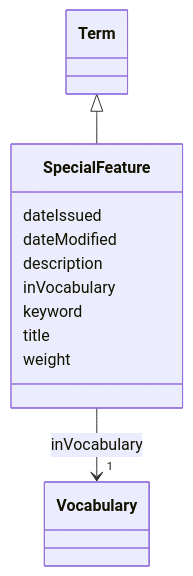
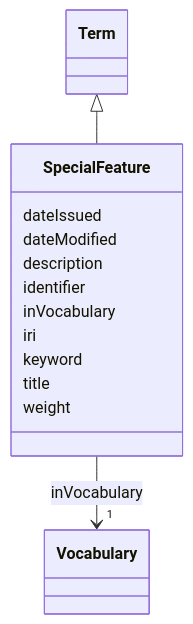
One commit to EVORA-project/evora-ontology changed the diagram in models/docs/SpecialFeature.md. Above: the diagram before and after it, drawn with Mermaid. The commit also changed other lines of this file and 391 other files, not shown here.

````diff
--- a/models/docs/SpecialFeature.md
+++ b/models/docs/SpecialFeature.md
@@ -19,30 +19,34 @@
 ```mermaid
  classDiagram
     class SpecialFeature
     click SpecialFeature href "../SpecialFeature"
       Term <|-- SpecialFeature
         click Term href "../Term"
       
       SpecialFeature : dateIssued
         
       SpecialFeature : dateModified
         
       SpecialFeature : description
         
+      SpecialFeature : identifier
+        
       SpecialFeature : inVocabulary
         
           
     
     
     SpecialFeature --> "1" Vocabulary : inVocabulary
     click Vocabulary href "../Vocabulary"
 
         
+      SpecialFeature : iri
+        
       SpecialFeature : keyword
         
       SpecialFeature : title
         
       SpecialFeature : weight
         
       
 ```
````
